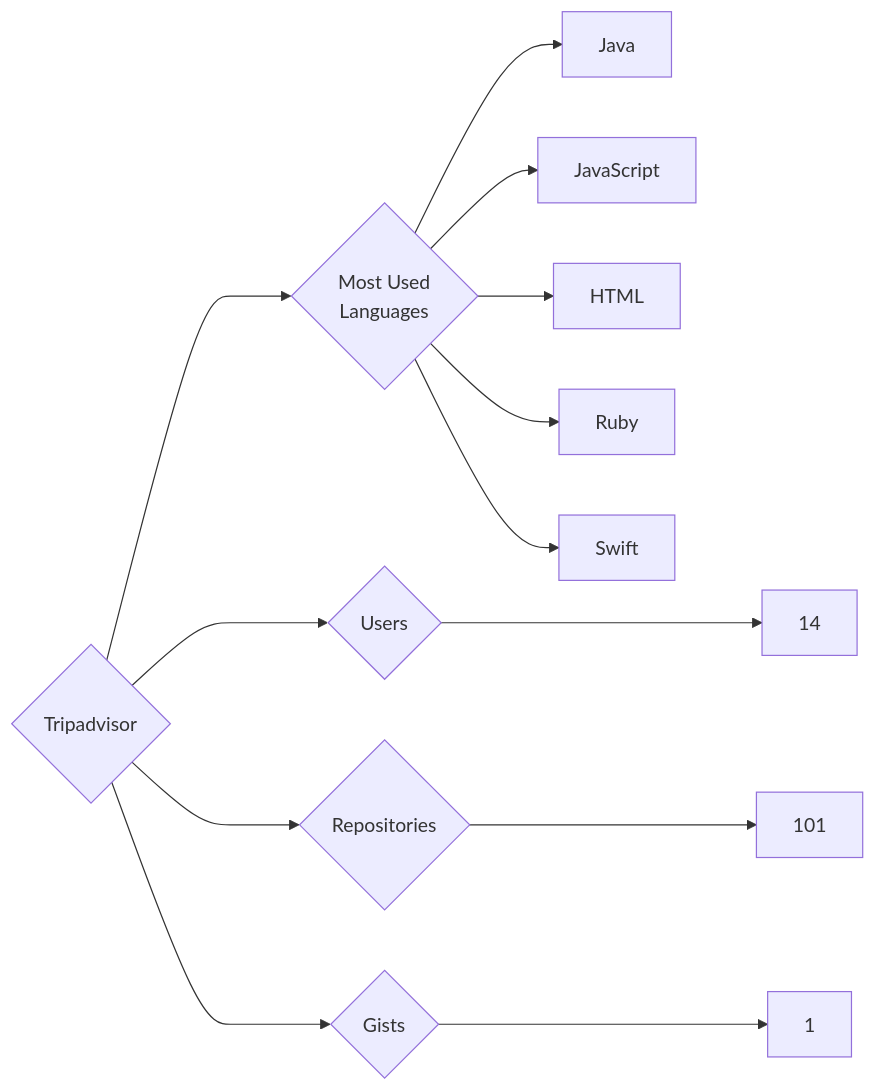
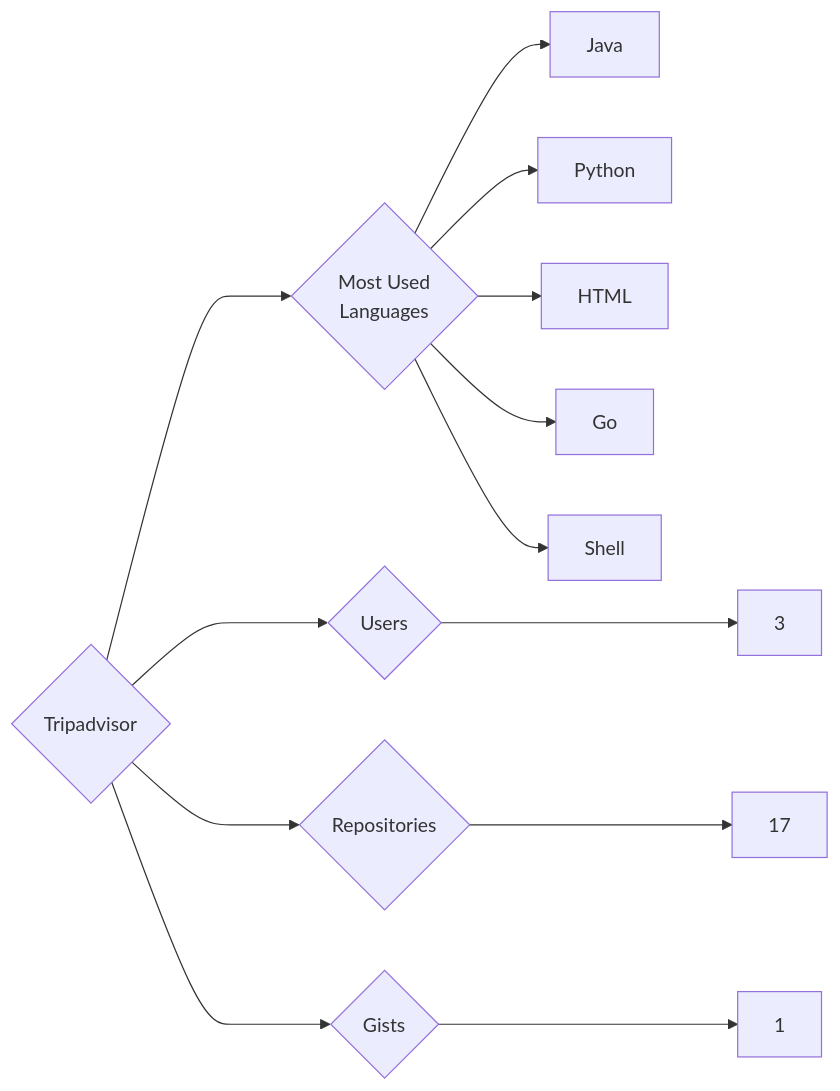
One commit to trickest/insiders changed the diagram in targets/Tripadvisor/README.md. Above: the diagram before and after it, drawn with Mermaid. The commit also changed 765 other files, not shown here.

````diff
--- a/targets/Tripadvisor/README.md
+++ b/targets/Tripadvisor/README.md
@@ -3,13 +3,13 @@
 ```mermaid
 graph LR
 COMPANY_NAME{Tripadvisor}
-COMPANY_NAME ---> U{Users} ---> UN[14]
-COMPANY_NAME ---> R{Repositories} ---> RN[101]
+COMPANY_NAME ---> U{Users} ---> UN[3]
+COMPANY_NAME ---> R{Repositories} ---> RN[17]
 COMPANY_NAME ---> G{Gists} ---> GN[1]
 COMPANY_NAME ---> ML{Most Used<br>Languages}
 ML --> Java[Java]
-ML --> JavaScript[JavaScript]
+ML --> Python[Python]
 ML --> HTML[HTML]
-ML --> Ruby[Ruby]
-ML --> Swift[Swift]
+ML --> Go[Go]
+ML --> Shell[Shell]
 ```
````
